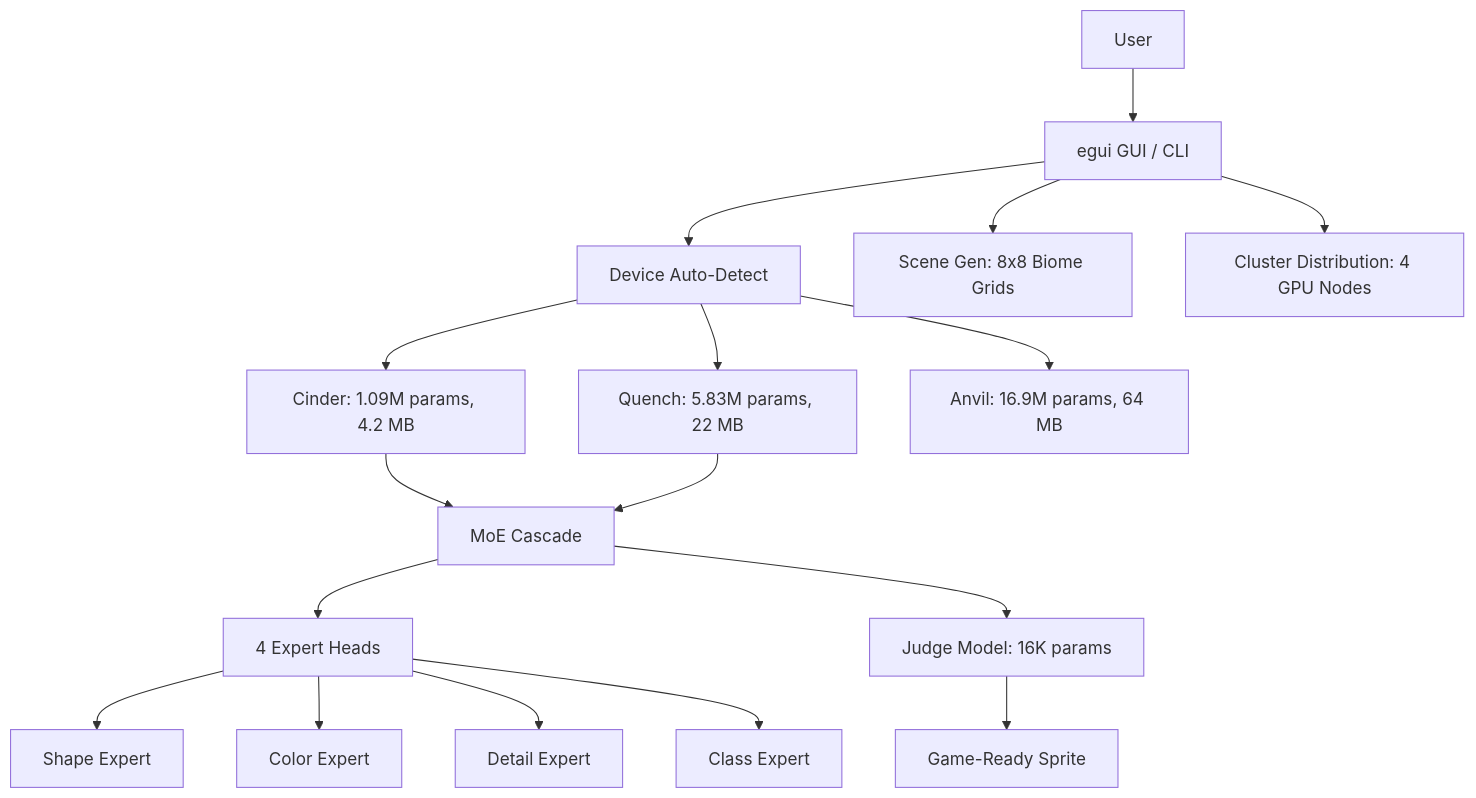
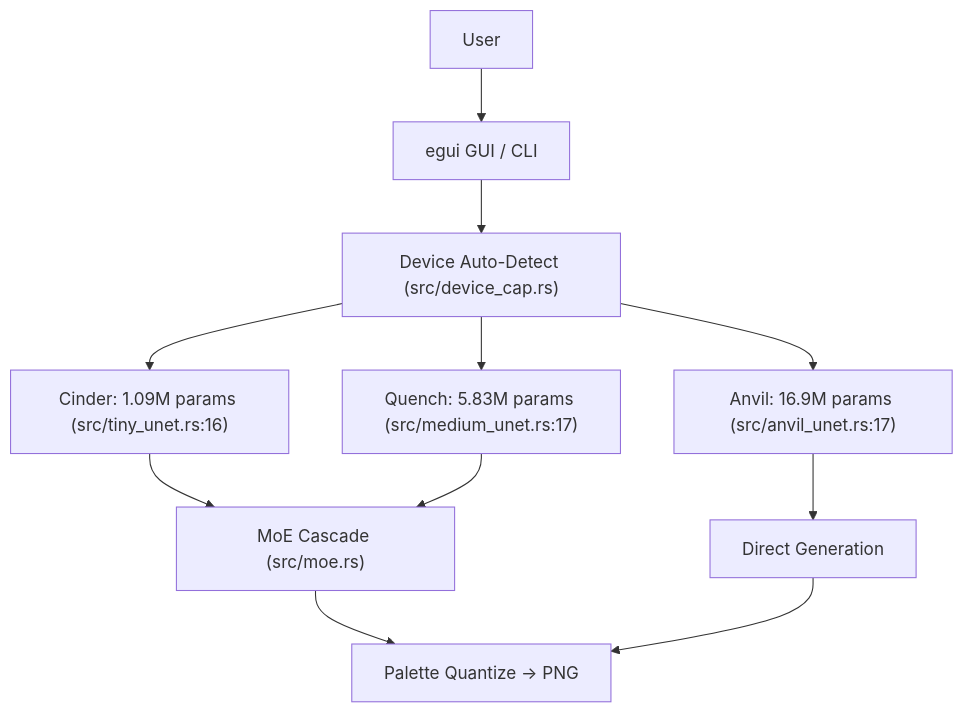
One commit to cochranblock/pixel-forge changed the diagram in PROOF_OF_ARTIFACTS.md. Above: the diagram before and after it, drawn with Mermaid. The commit also changed other lines of this file and 4 other files, not shown here.

````diff
--- a/PROOF_OF_ARTIFACTS.md
+++ b/PROOF_OF_ARTIFACTS.md
@@ -11,19 +9,13 @@
 ```mermaid
 flowchart TD
     User[User] --> GUI[egui GUI / CLI]
-    GUI --> Auto[Device Auto-Detect]
-    Auto --> Cinder[Cinder: 1.09M params, 4.2 MB]
-    Auto --> Quench[Quench: 5.83M params, 22 MB]
-    Auto --> Anvil[Anvil: 16.9M params, 64 MB]
-    Cinder --> Cascade[MoE Cascade]
+    GUI --> Auto["Device Auto-Detect (src/device_cap.rs)"]
+    Auto --> Cinder["Cinder: 1.09M params (src/tiny_unet.rs:16)"]
+    Auto --> Quench["Quench: 5.83M params (src/medium_unet.rs:17)"]
+    Auto --> Anvil["Anvil: 16.9M params (src/anvil_unet.rs:17)"]
+    Cinder --> Cascade["MoE Cascade (src/moe.rs)"]
     Quench --> Cascade
-    Cascade --> Experts[4 Expert Heads]
-    Experts --> Shape[Shape Expert]
-    Experts --> Color[Color Expert]
-    Experts --> Detail[Detail Expert]
-    Experts --> Class[Class Expert]
-    Cascade --> Judge[Judge Model: 16K params]
-    Judge --> Output[Game-Ready Sprite]
-    GUI --> Scene[Scene Gen: 8x8 Biome Grids]
-    GUI --> Cluster[Cluster Distribution: 4 GPU Nodes]
+    Anvil --> Direct[Direct Generation]
+    Cascade --> Output[Palette Quantize → PNG]
+    Direct --> Output
 ```
````
